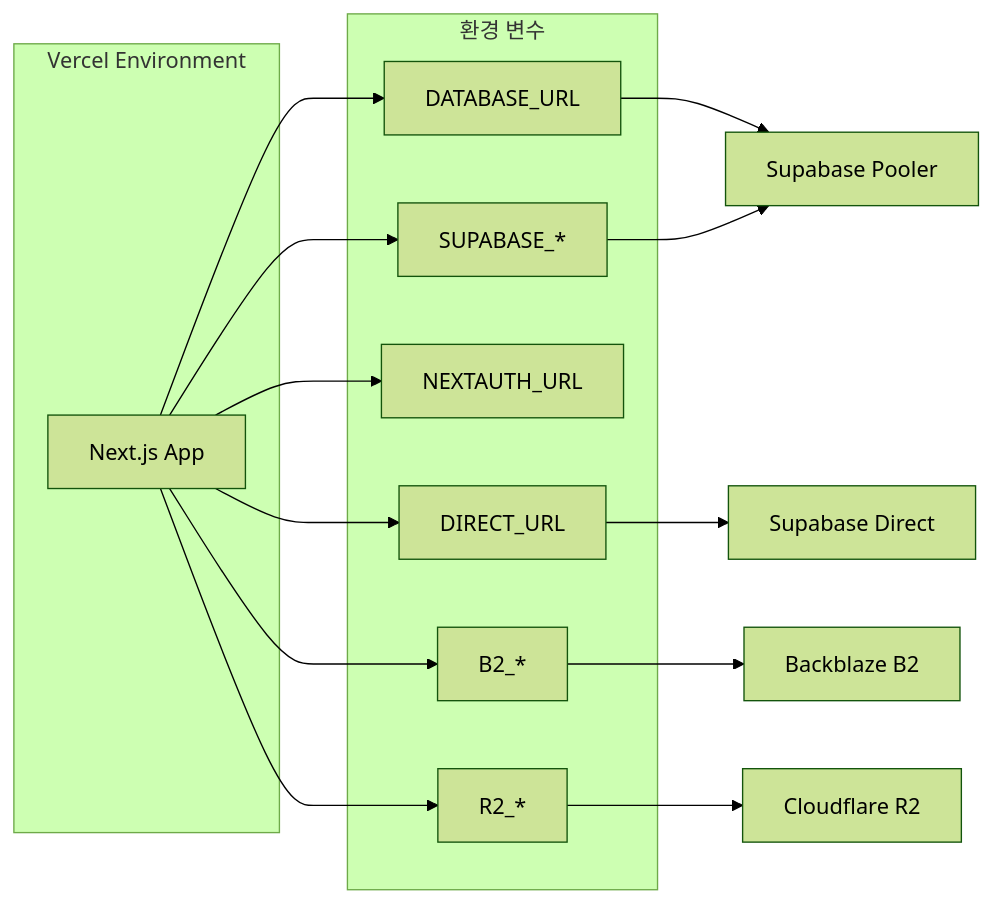
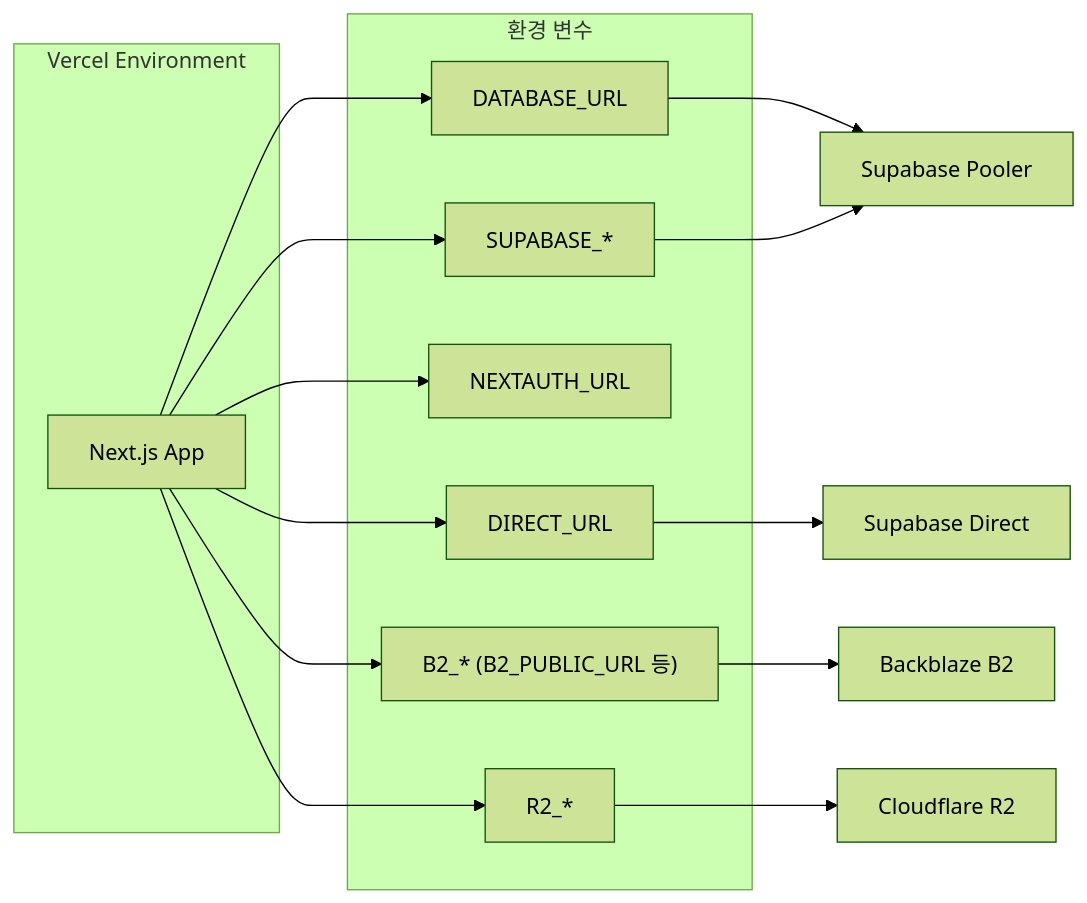
Before and after one commit to penta-design5/design5: the second of 2 diagrams in docs/INFRASTRUCTURE.md, drawn with Mermaid (forest theme). The commit also changed other lines of this file and 6 other files, not shown here.

````diff
--- a/docs/INFRASTRUCTURE.md
+++ b/docs/INFRASTRUCTURE.md
@@ -99,28 +107,28 @@
 ```mermaid
 flowchart LR
   subgraph vercel [Vercel Environment]
     V[Next.js App]
   end
 
   subgraph env [환경 변수]
     E1[DATABASE_URL]
     E2[DIRECT_URL]
     E3[NEXTAUTH_URL]
-    E4[B2_*]
+    E4["B2_* (B2_PUBLIC_URL 등)"]
     E5[R2_*]
     E6[SUPABASE_*]
   end
 
   V --> E1
   V --> E2
   V --> E3
   V --> E4
   V --> E5
   V --> E6
 
   E1 --> Pooler[Supabase Pooler]
   E2 --> PgSQL[Supabase Direct]
   E4 --> B2[Backblaze B2]
   E5 --> R2[Cloudflare R2]
   E6 --> Pooler
 ```
````
